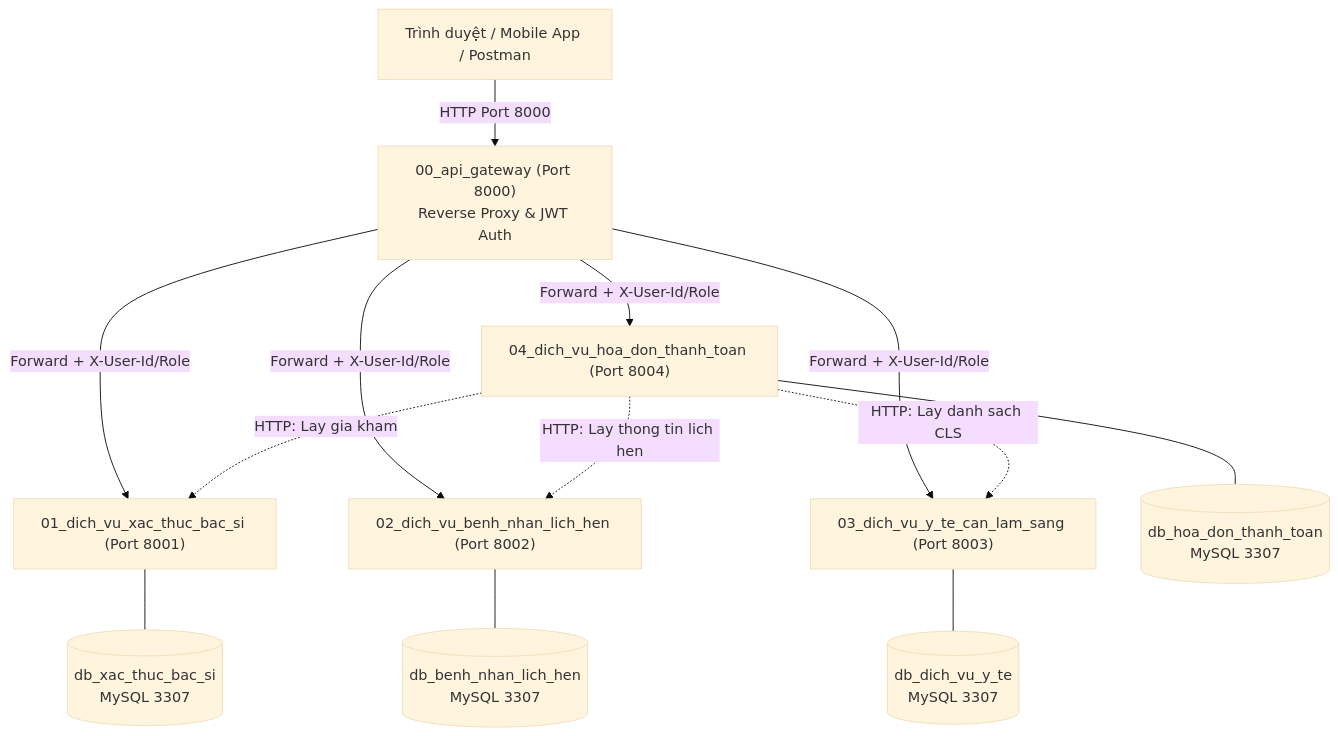
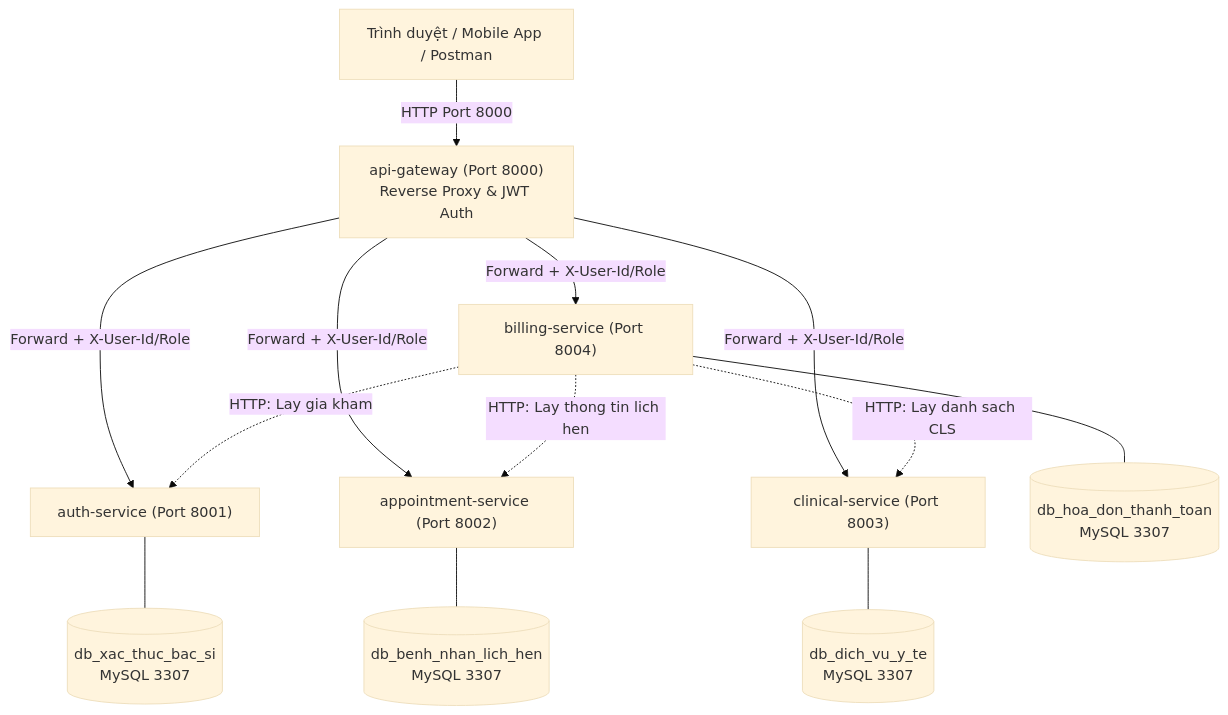
One commit to 2311060512-cloud/quanlyphongkham changed the diagram in ARCHITECTURE.md. Above: the diagram before and after it, drawn with Mermaid (base theme). The commit also changed other lines of this file and 208 other files, not shown here.

Commit message:
refactor: chuan hoa ten cac microservices sang kebab-case (api-gateway, auth-service, appointment-service, clinical-service, billing-service)

````diff
--- a/ARCHITECTURE.md
+++ b/ARCHITECTURE.md
@@ -10,18 +10,18 @@
 ```mermaid
 graph TD
-    Client["Trình duyệt / Mobile App / Postman"] -->|HTTP Port 8000| Gateway["00_api_gateway (Port 8000)<br>Reverse Proxy & JWT Auth"]
+    Client["Trình duyệt / Mobile App / Postman"] -->|HTTP Port 8000| Gateway["api-gateway (Port 8000)<br>Reverse Proxy & JWT Auth"]
     
-    Gateway -->|Forward + X-User-Id/Role| S1["01_dich_vu_xac_thuc_bac_si (Port 8001)"]
-    Gateway -->|Forward + X-User-Id/Role| S2["02_dich_vu_benh_nhan_lich_hen (Port 8002)"]
-    Gateway -->|Forward + X-User-Id/Role| S3["03_dich_vu_y_te_can_lam_sang (Port 8003)"]
-    Gateway -->|Forward + X-User-Id/Role| S4["04_dich_vu_hoa_don_thanh_toan (Port 8004)"]
+    Gateway -->|Forward + X-User-Id/Role| S1["auth-service (Port 8001)"]
+    Gateway -->|Forward + X-User-Id/Role| S2["appointment-service (Port 8002)"]
+    Gateway -->|Forward + X-User-Id/Role| S3["clinical-service (Port 8003)"]
+    Gateway -->|Forward + X-User-Id/Role| S4["billing-service (Port 8004)"]
     
     S4 -.->|HTTP: Lay gia kham| S1
     S4 -.->|HTTP: Lay thong tin lich hen| S2
     S4 -.->|HTTP: Lay danh sach CLS| S3
 
     S1 --- DB1[("db_xac_thuc_bac_si<br>MySQL 3307")]
     S2 --- DB2[("db_benh_nhan_lich_hen<br>MySQL 3307")]
     S3 --- DB3[("db_dich_vu_y_te<br>MySQL 3307")]
     S4 --- DB4[("db_hoa_don_thanh_toan<br>MySQL 3307")]
 ```
````
